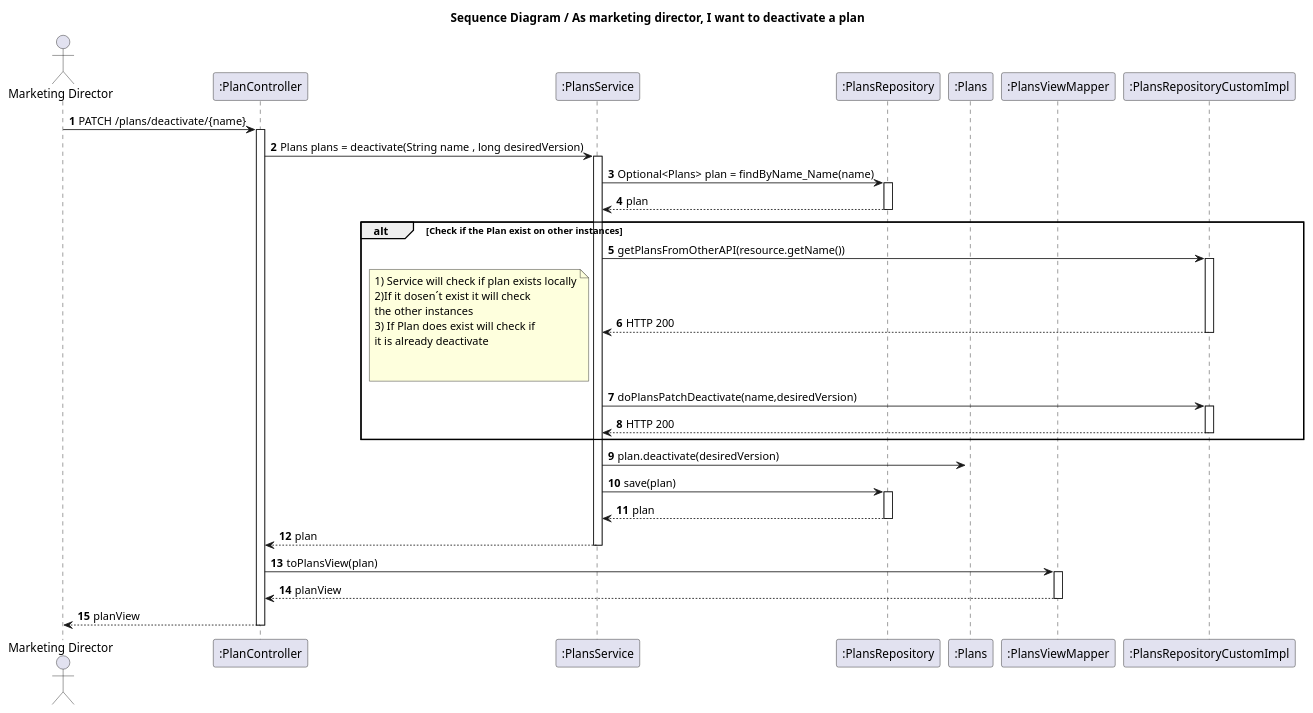
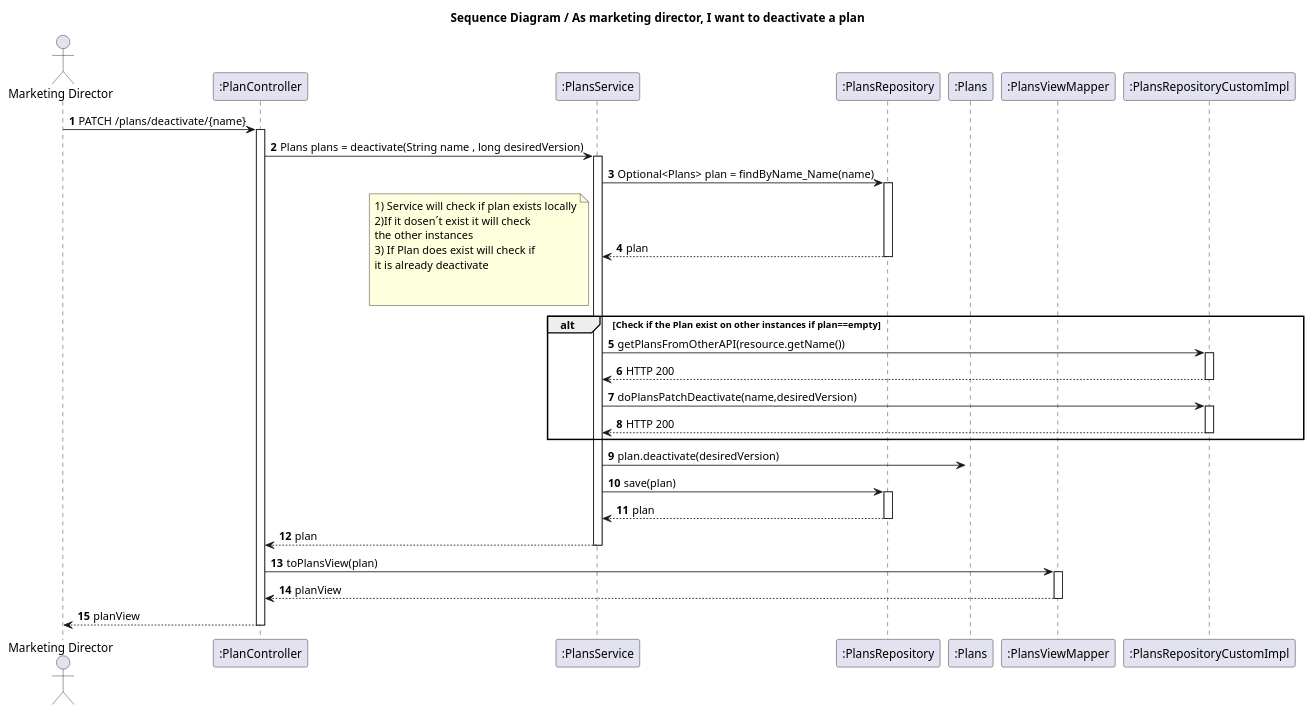
The diagram in docs_sidis/Plans/WP#1A/US02/SD.puml (IsepMartimOliveira/SIDIS), drawn with PlantUML before and after one commit. The commit also changed 5 other files, not shown here.

```diff
--- a/docs_sidis/Plans/WP#1A/US02/SD.puml
+++ b/docs_sidis/Plans/WP#1A/US02/SD.puml
@@ -1,50 +1,51 @@
 @startuml
 'https://plantuml.com/sequence-diagram
 autoactivate on
 autonumber
 title Sequence Diagram / As marketing director, I want to deactivate a plan
 
 autonumber
 
 actor "Marketing Director" as Ac
 participant ":PlanController" as Ctrl
 participant ":PlansService" as Serv
 participant ":PlansRepository" as Repo
 participant ":Plans" as Plans
 participant ":PlansViewMapper" as View
 participant ":PlansRepositoryCustomImpl" as RepoHTTP
 
 
 Ac -> Ctrl : PATCH /plans/deactivate/{name}
 Ctrl -> Serv :Plans plans = deactivate(String name , long desiredVersion)
 Serv -> Repo :Optional<Plans> plan = findByName_Name(name)
 Repo --> Serv : plan
-alt Check if the Plan exist on other instances
-Serv->RepoHTTP:getPlansFromOtherAPI(resource.getName())
-RepoHTTP-->Serv: HTTP 200
 note left
 1) Service will check if plan exists locally
 2)If it dosen´t exist it will check
 the other instances
 3) If Plan does exist will check if
 it is already deactivate
 
 
 end note
+alt Check if the Plan exist on other instances if plan==empty
+Serv->RepoHTTP:getPlansFromOtherAPI(resource.getName())
+RepoHTTP-->Serv: HTTP 200
+
 Serv->RepoHTTP:doPlansPatchDeactivate(name,desiredVersion)
 RepoHTTP-->Serv: HTTP 200
 end
 
 deactivate Plans
 Serv -> Plans: plan.deactivate(desiredVersion)
 
 
 Serv -> Repo: save(plan)
 Repo --> Serv: plan
 Serv --> Ctrl: plan
 Ctrl ->View: toPlansView(plan)
 View -->Ctrl: planView
 
 Ac <-- Ctrl : planView
 
 @enduml
```
